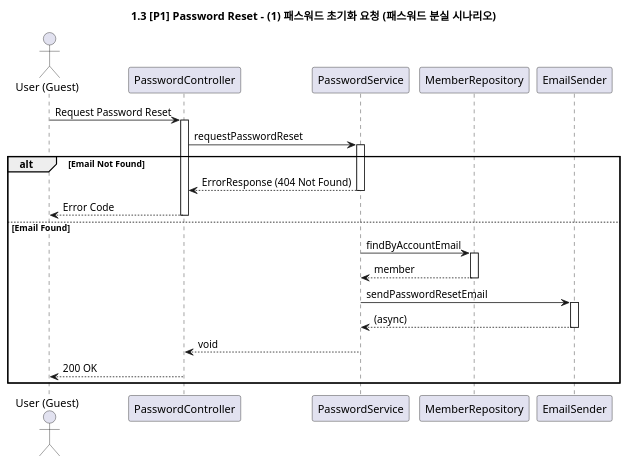
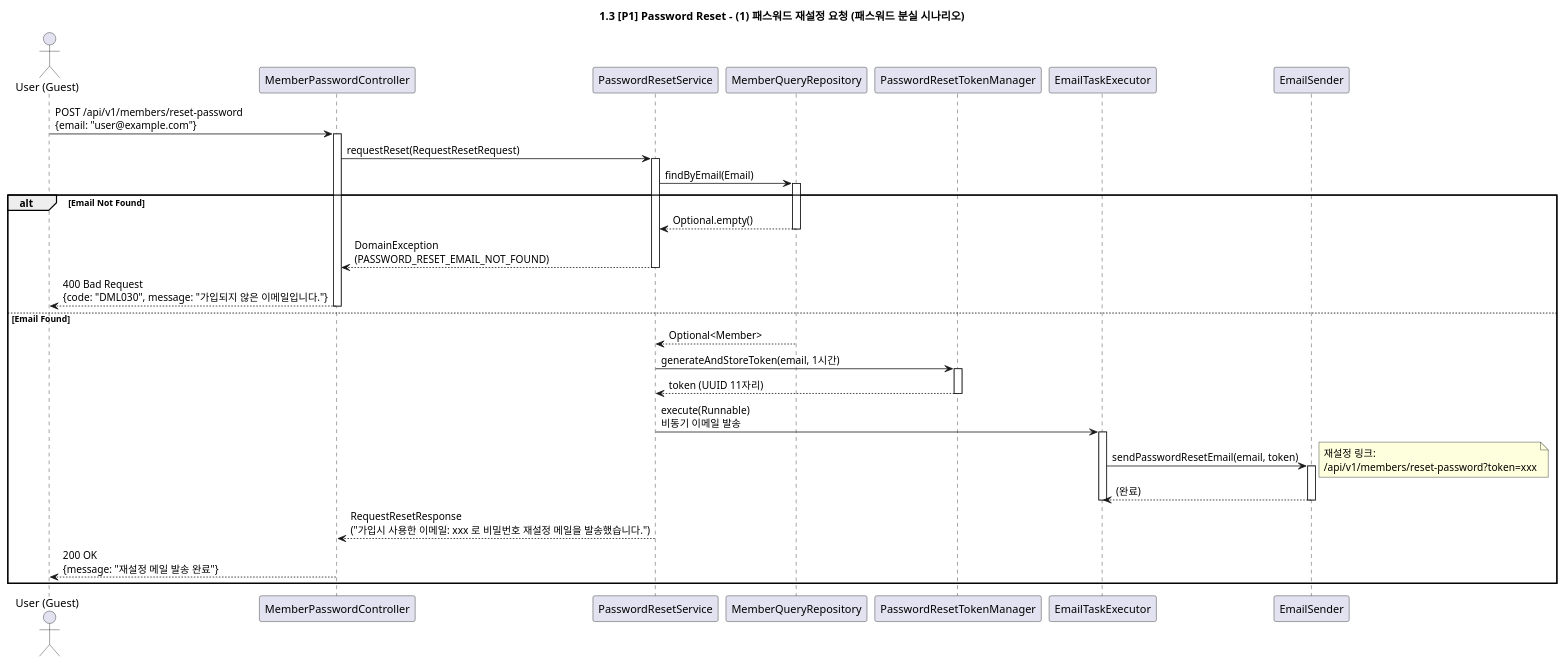
The diagram in docs/sequences/1.3_password_reset_request.puml (f-lab-edu/learning-manager), drawn with PlantUML before and after one commit. The commit also changed 36 other files, not shown here.

Commit message:
feat: JWT 기반 인증 및 비밀번호 재설정 기능 개선 (#66)

```diff
--- a/docs/sequences/1.3_password_reset_request.puml
+++ b/docs/sequences/1.3_password_reset_request.puml
@@ -1,39 +1,52 @@
 @startuml
 
-title 1.3 [P1] Password Reset - (1) 패스워드 초기화 요청 (패스워드 분실 시나리오)
+title 1.3 [P1] Password Reset - (1) 패스워드 재설정 요청 (패스워드 분실 시나리오)
 
 actor "User (Guest)" as User
-participant "PasswordController" as Controller
-participant "PasswordService" as AppService
-participant "MemberRepository" as Repository
+participant "MemberPasswordController" as Controller
+participant "PasswordResetService" as AppService
+participant "MemberQueryRepository" as QueryRepository
+participant "PasswordResetTokenManager" as TokenManager
+participant "EmailTaskExecutor" as TaskExecutor
 participant "EmailSender" as EmailAdapter
 
-User -> Controller: Request Password Reset
+User -> Controller: POST /api/v1/members/reset-password\n{email: "user@example.com"}
 activate Controller
 
-Controller -> AppService: requestPasswordReset
+Controller -> AppService: requestReset(RequestResetRequest)
 activate AppService
+
+AppService -> QueryRepository: findByEmail(Email)
+activate QueryRepository
 alt Email Not Found
-    AppService --> Controller: ErrorResponse (404 Not Found)
+    QueryRepository --> AppService: Optional.empty()
+    deactivate QueryRepository
+    AppService --> Controller: DomainException\n(PASSWORD_RESET_EMAIL_NOT_FOUND)
     deactivate AppService
-    Controller --> User: Error Code
+    Controller --> User: 400 Bad Request\n{code: "DML030", message: "가입되지 않은 이메일입니다."}
     deactivate Controller
 else Email Found
+    QueryRepository --> AppService: Optional<Member>
+    deactivate QueryRepository
 
-AppService -> Repository: findByAccountEmail
-activate Repository
-Repository --> AppService: member
-deactivate Repository
+    AppService -> TokenManager: generateAndStoreToken(email, 1시간)
+    activate TokenManager
+    TokenManager --> AppService: token (UUID 11자리)
+    deactivate TokenManager
 
-AppService -> EmailAdapter: sendPasswordResetEmail
-activate EmailAdapter
-EmailAdapter --> AppService: (async)
-deactivate EmailAdapter
+    AppService -> TaskExecutor: execute(Runnable)\n비동기 이메일 발송
+    activate TaskExecutor
+    TaskExecutor -> EmailAdapter: sendPasswordResetEmail(email, token)
+    activate EmailAdapter
+    note right: 재설정 링크:\n/api/v1/members/reset-password?token=xxx
+    EmailAdapter --> TaskExecutor: (완료)
+    deactivate EmailAdapter
+    deactivate TaskExecutor
 
-AppService --> Controller: void
-deactivate AppService
+    AppService --> Controller: RequestResetResponse\n("가입시 사용한 이메일: xxx 로 비밀번호 재설정 메일을 발송했습니다.")
+    deactivate AppService
 
-Controller --> User: 200 OK
-deactivate Controller
+    Controller --> User: 200 OK\n{message: "재설정 메일 발송 완료"}
+    deactivate Controller
 end
 @enduml
```
